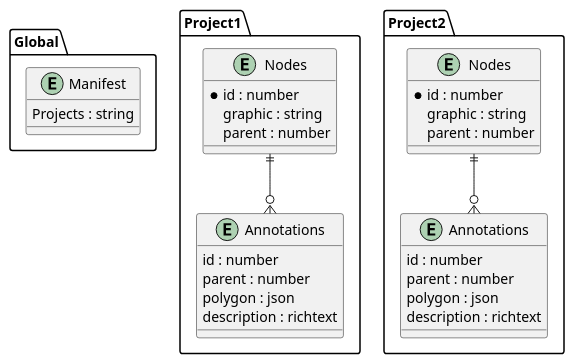
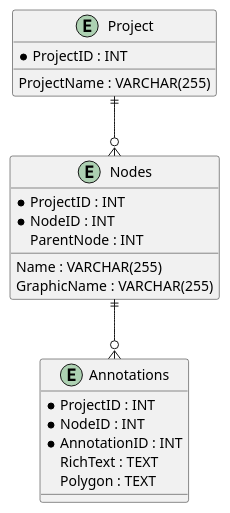
One commit to CriusNyx/annotated-map changed the diagram in frontend/documentation/erd.puml. Above: the diagram before and after it, drawn with PlantUML. The commit also changed 20 other files, not shown here.

Commit message:
feat(api-impelementation): implemented graphql api

```diff
--- a/frontend/documentation/erd.puml
+++ b/frontend/documentation/erd.puml
@@ -2,43 +2,27 @@
 @startuml ERD
 
-package Global{
-    entity Manifest{
-        Projects : string
-    }
+entity Project{
+    * ProjectID : INT
+    ProjectName : VARCHAR(255)
 }
 
-package Project1{
-    entity Project1.Nodes{
-        *id : number
-        graphic : string
-        parent : number
-    }
-
-    entity Project1.Annotations{
-        id : number
-        parent : number
-        polygon : json
-        description : richtext
-    }
-
-    Project1.Nodes ||--o{ Project1.Annotations
+entity Nodes{
+    * ProjectID : INT
+    * NodeID : INT
+    Name : VARCHAR(255)
+    GraphicName : VARCHAR(255)
+    ParentNode : INT
 }
 
-package Project2{
-    entity Project2.Nodes{
-        *id : number
-        graphic : string
-        parent : number
-    }
-
-    entity Project2.Annotations{
-        id : number
-        parent : number
-        polygon : json
-        description : richtext
-    }
-
-    Project2.Nodes ||--o{ Project2.Annotations
+entity Annotations{
+    * ProjectID : INT
+    * NodeID : INT
+    * AnnotationID : INT
+    RichText : TEXT
+    Polygon : TEXT
 }
 
+Project ||--o{ Nodes
+Nodes ||--o{ Annotations
+
 @enduml
```
